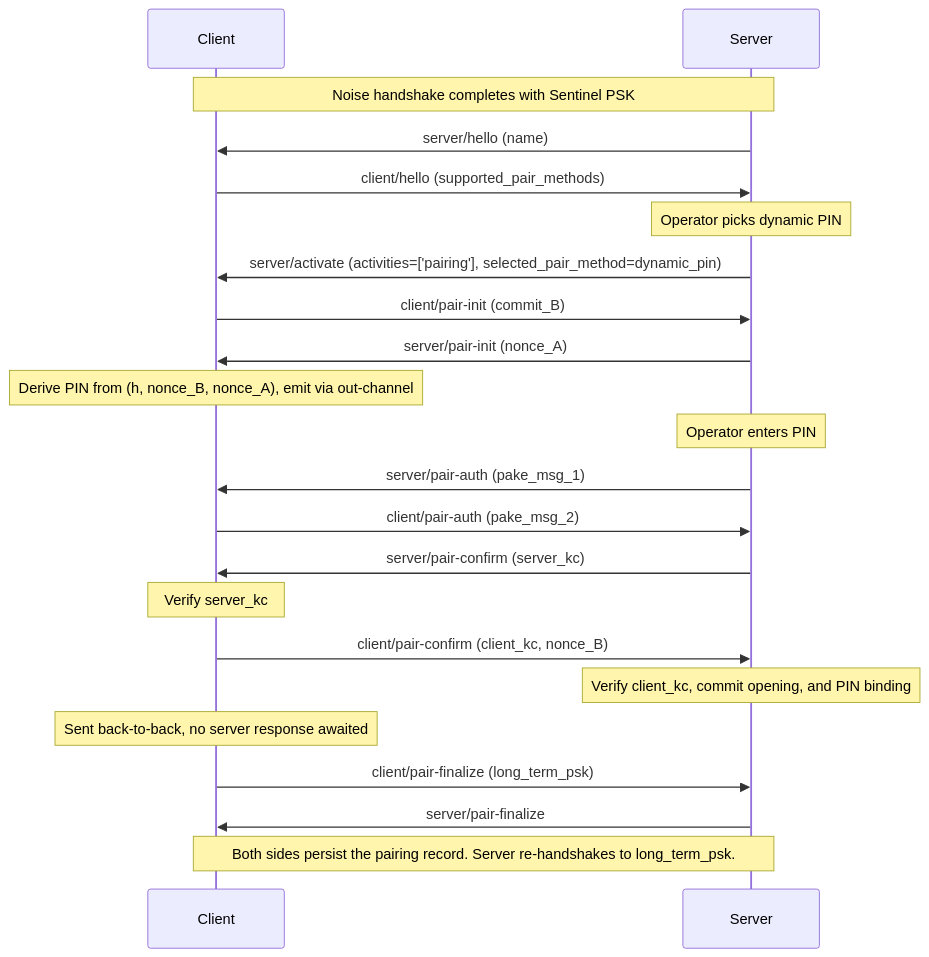
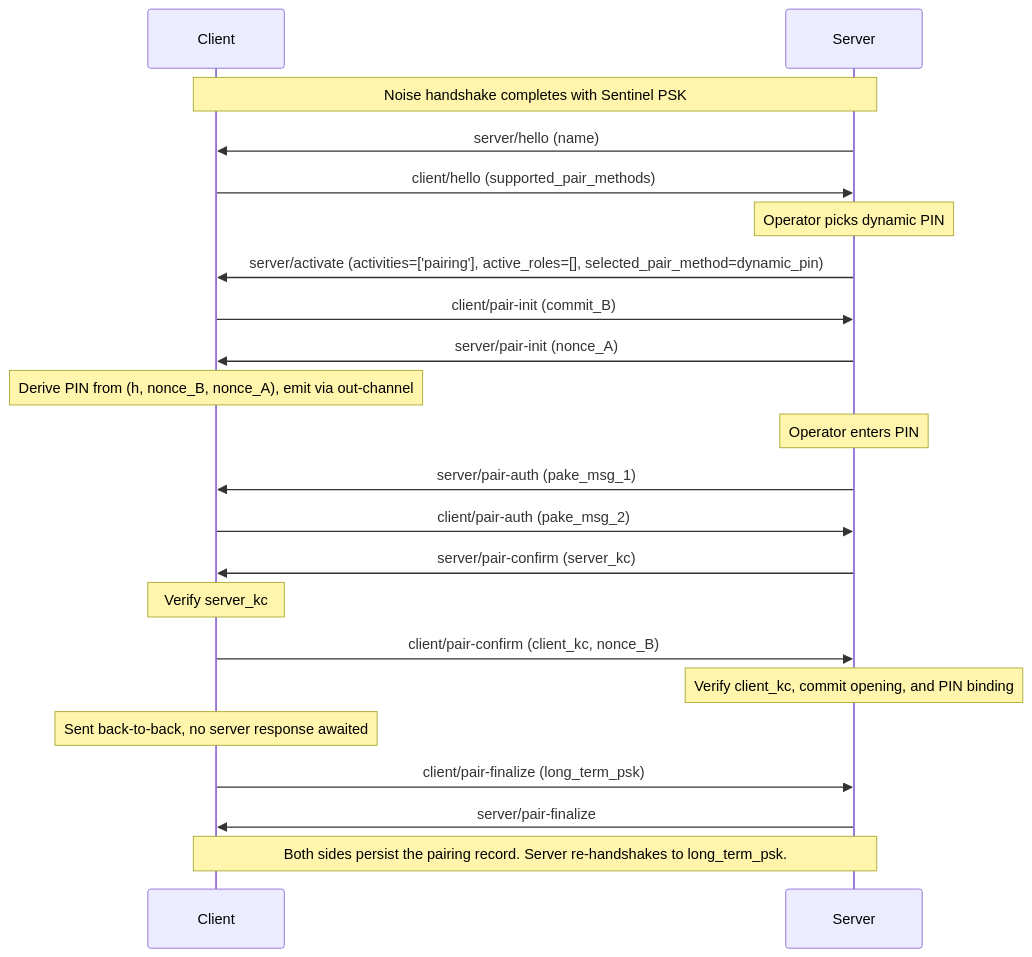
The third of 4 diagrams in README.md (Resonate-Protocol/spec), drawn with Mermaid before and after one commit. The commit also changed other lines of this file, not shown here.

````diff
--- a/README.md
+++ b/README.md
@@ -685,26 +695,26 @@
 ```mermaid
 sequenceDiagram
     participant Client
     participant Server
 
     Note over Client,Server: Noise handshake completes with Sentinel PSK
 
     Server->>Client: server/hello (name)
     Client->>Server: client/hello (supported_pair_methods)
     Note over Server: Operator picks dynamic PIN
-    Server->>Client: server/activate (activities=['pairing'], selected_pair_method=dynamic_pin)
+    Server->>Client: server/activate (activities=['pairing'], active_roles=[], selected_pair_method=dynamic_pin)
     Client->>Server: client/pair-init (commit_B)
     Server->>Client: server/pair-init (nonce_A)
     Note over Client: Derive PIN from (h, nonce_B, nonce_A), emit via out-channel
     Note over Server: Operator enters PIN
     Server->>Client: server/pair-auth (pake_msg_1)
     Client->>Server: client/pair-auth (pake_msg_2)
     Server->>Client: server/pair-confirm (server_kc)
     Note over Client: Verify server_kc
     Client->>Server: client/pair-confirm (client_kc, nonce_B)
     Note over Server: Verify client_kc, commit opening, and PIN binding
     Note over Client: Sent back-to-back, no server response awaited
     Client->>Server: client/pair-finalize (long_term_psk)
     Server->>Client: server/pair-finalize
     Note over Client,Server: Both sides persist the pairing record. Server re-handshakes to long_term_psk.
 ```
````
